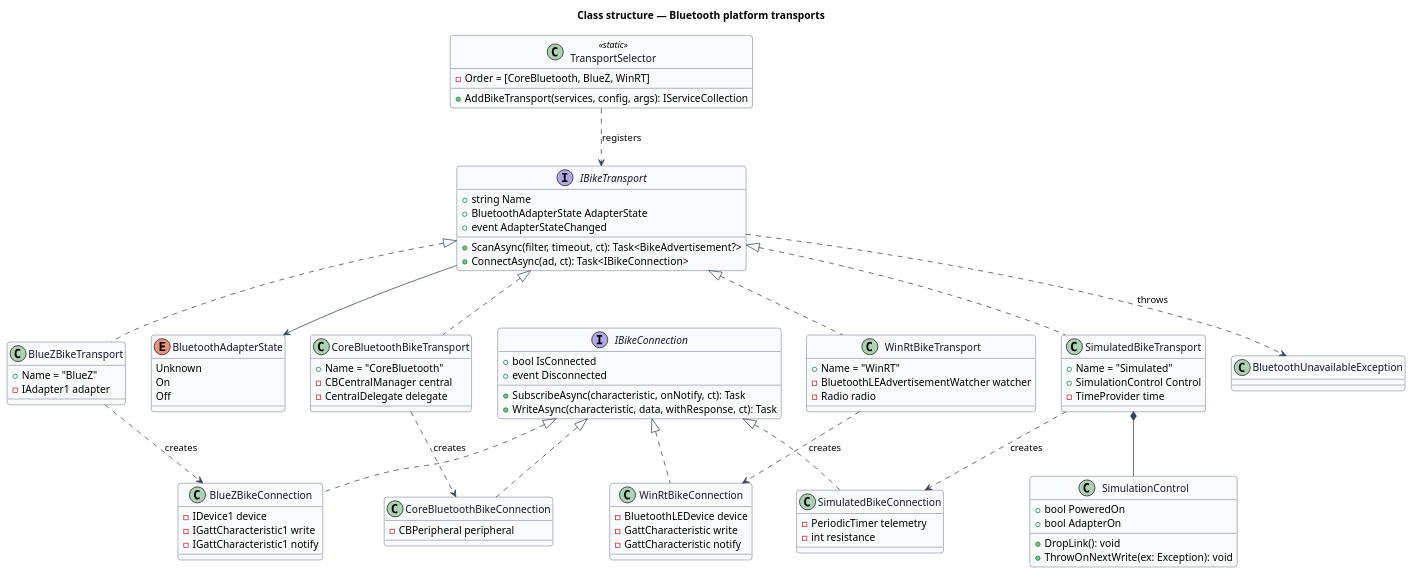
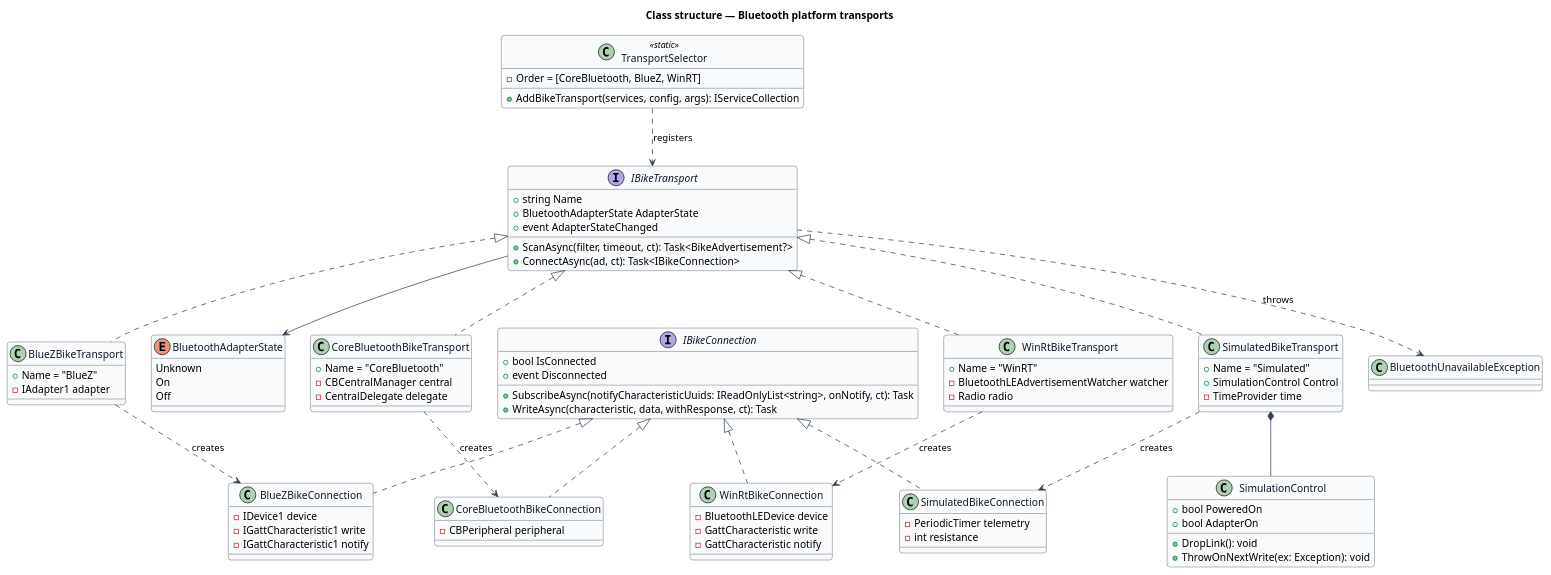
The diagram in docs/detailed-designs/bike-connectivity/bluetooth-platform-transports/diagrams/class-structure.puml (QuinntyneBrown/ride-one), drawn with PlantUML before and after one commit. The commit also changed 100 other files, not shown here.

```diff
--- a/docs/detailed-designs/bike-connectivity/bluetooth-platform-transports/diagrams/class-structure.puml
+++ b/docs/detailed-designs/bike-connectivity/bluetooth-platform-transports/diagrams/class-structure.puml
@@ -1,97 +1,97 @@
 @startuml
 skinparam backgroundColor #FFFFFF
 skinparam shadowing false
 skinparam roundcorner 8
 skinparam defaultFontName Arial
 skinparam ArrowColor #344054
 skinparam class {
   BorderColor #344054
   FontColor #101828
   BackgroundColor #F9FAFB
 }
 title Class structure — Bluetooth platform transports
 
 interface IBikeTransport {
   +string Name
   +BluetoothAdapterState AdapterState
   +event AdapterStateChanged
   +ScanAsync(filter, timeout, ct): Task<BikeAdvertisement?>
   +ConnectAsync(ad, ct): Task<IBikeConnection>
 }
 interface IBikeConnection {
   +bool IsConnected
   +event Disconnected
-  +SubscribeAsync(characteristic, onNotify, ct): Task
+  +SubscribeAsync(notifyCharacteristicUuids: IReadOnlyList<string>, onNotify, ct): Task
   +WriteAsync(characteristic, data, withResponse, ct): Task
 }
 
 enum BluetoothAdapterState {
   Unknown
   On
   Off
 }
 class WinRtBikeTransport {
   +Name = "WinRT"
   -BluetoothLEAdvertisementWatcher watcher
   -Radio radio
 }
 class WinRtBikeConnection {
   -BluetoothLEDevice device
   -GattCharacteristic write
   -GattCharacteristic notify
 }
 class BlueZBikeTransport {
   +Name = "BlueZ"
   -IAdapter1 adapter
 }
 class BlueZBikeConnection {
   -IDevice1 device
   -IGattCharacteristic1 write
   -IGattCharacteristic1 notify
 }
 class CoreBluetoothBikeTransport {
   +Name = "CoreBluetooth"
   -CBCentralManager central
   -CentralDelegate delegate
 }
 class CoreBluetoothBikeConnection {
   -CBPeripheral peripheral
 }
 class SimulatedBikeTransport {
   +Name = "Simulated"
   +SimulationControl Control
   -TimeProvider time
 }
 class SimulatedBikeConnection {
   -PeriodicTimer telemetry
   -int resistance
 }
 class SimulationControl {
   +bool PoweredOn
   +bool AdapterOn
   +DropLink(): void
   +ThrowOnNextWrite(ex: Exception): void
 }
 class TransportSelector <<static>> {
   +AddBikeTransport(services, config, args): IServiceCollection
   -Order = [CoreBluetooth, BlueZ, WinRT]
 }
 class BluetoothUnavailableException
 
 IBikeTransport <|.. WinRtBikeTransport
 IBikeTransport <|.. BlueZBikeTransport
 IBikeTransport <|.. CoreBluetoothBikeTransport
 IBikeTransport <|.. SimulatedBikeTransport
 IBikeConnection <|.. WinRtBikeConnection
 IBikeConnection <|.. BlueZBikeConnection
 IBikeConnection <|.. CoreBluetoothBikeConnection
 IBikeConnection <|.. SimulatedBikeConnection
 WinRtBikeTransport ..> WinRtBikeConnection : creates
 BlueZBikeTransport ..> BlueZBikeConnection : creates
 CoreBluetoothBikeTransport ..> CoreBluetoothBikeConnection : creates
 SimulatedBikeTransport ..> SimulatedBikeConnection : creates
 SimulatedBikeTransport *-- SimulationControl
 TransportSelector ..> IBikeTransport : registers
 IBikeTransport ..> BluetoothUnavailableException : throws
 IBikeTransport --> BluetoothAdapterState
 @enduml
```
